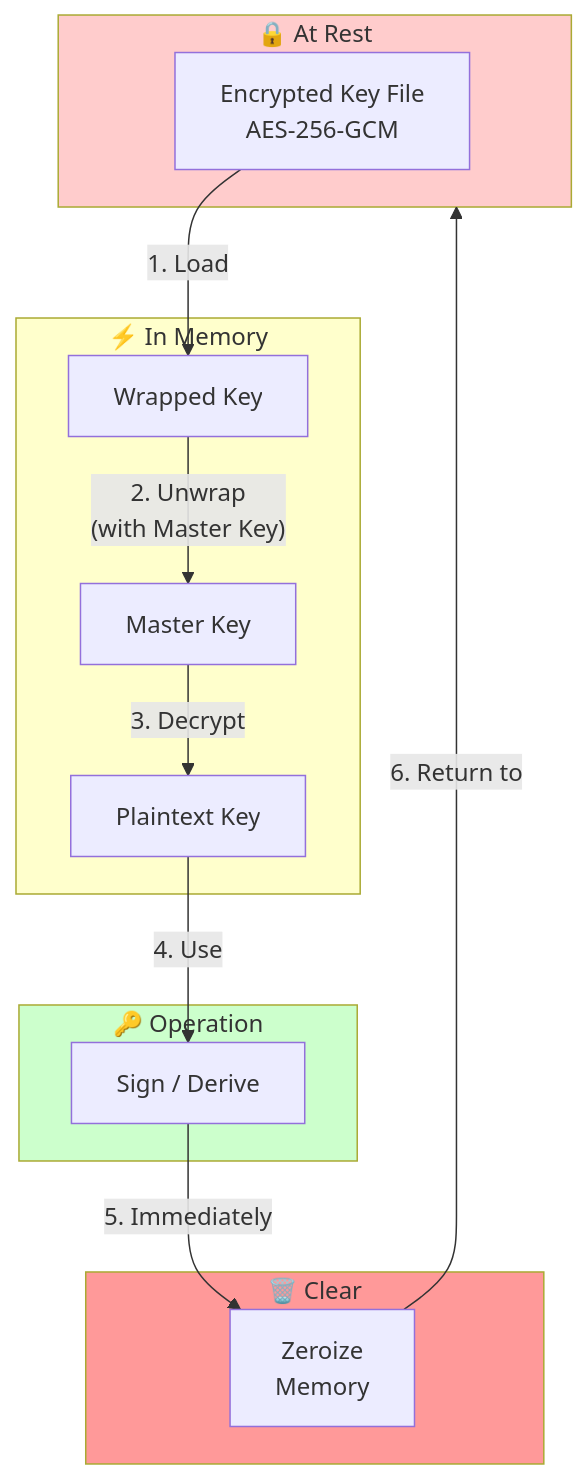
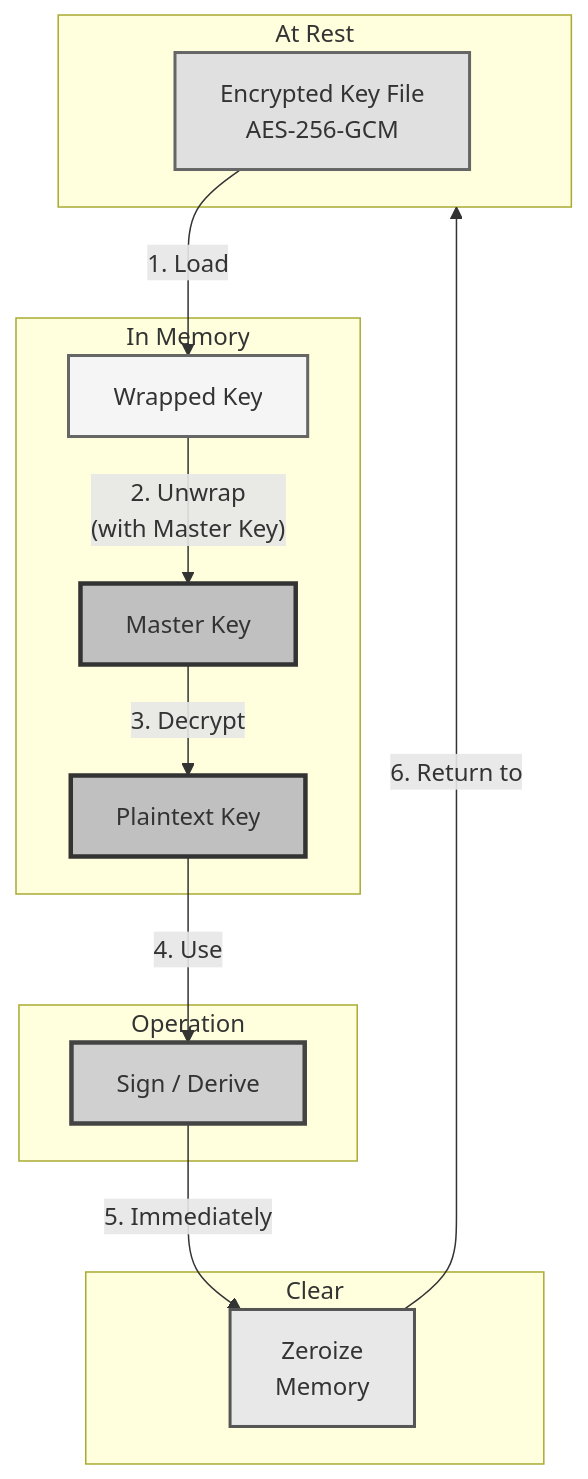
One commit to ehanoc/softKMS changed the third of 10 diagrams in docs/SECURITY_MODEL.md. Above: the diagram before and after it, drawn with Mermaid. The commit also changed other lines of this file and 3 other files, not shown here.

First line of the commit message:
docs: Standardize all Mermaid diagrams with muted grayscale colors

````diff
--- a/docs/SECURITY_MODEL.md
+++ b/docs/SECURITY_MODEL.md
@@ -63,32 +63,34 @@
 ```mermaid
 flowchart TB
-    subgraph Rest["🔒 At Rest"]
+    subgraph Rest["At Rest"]
         R1["Encrypted Key File\nAES-256-GCM"]
     end
     
-    subgraph Memory["⚡ In Memory"]
+    subgraph Memory["In Memory"]
         M1["Wrapped Key"]
         M2["Master Key"]
         M3["Plaintext Key"]
     end
     
-    subgraph Operation["🔑 Operation"]
+    subgraph Operation["Operation"]
         O1["Sign / Derive"]
     end
     
-    subgraph Clear["🗑️ Clear"]
+    subgraph Clear["Clear"]
         C1["Zeroize\nMemory"]
     end
     
     R1 -->|"1. Load"| M1
     M1 -->|"2. Unwrap\n(with Master Key)"| M2
     M2 -->|"3. Decrypt"| M3
     M3 -->|"4. Use"| O1
     O1 -->|"5. Immediately"| C1
     C1 -->|"6. Return to"| Rest
     
-    style Rest fill:#ffcccc
-    style Memory fill:#ffffcc
-    style Operation fill:#ccffcc
-    style Clear fill:#ff9999
+    style R1 fill:#e0e0e0,stroke:#666,stroke-width:2px
+    style M1 fill:#f5f5f5,stroke:#666,stroke-width:2px
+    style M2 fill:#c0c0c0,stroke:#333,stroke-width:3px
+    style M3 fill:#c0c0c0,stroke:#333,stroke-width:3px
+    style O1 fill:#d0d0d0,stroke:#444,stroke-width:3px
+    style C1 fill:#e8e8e8,stroke:#555,stroke-width:2px
 ```
````
